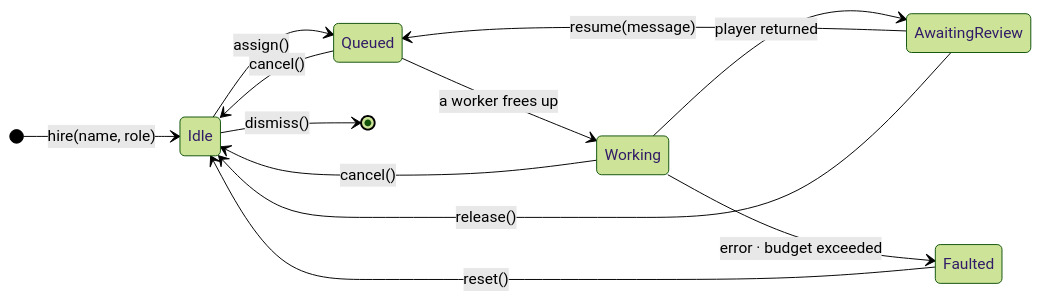
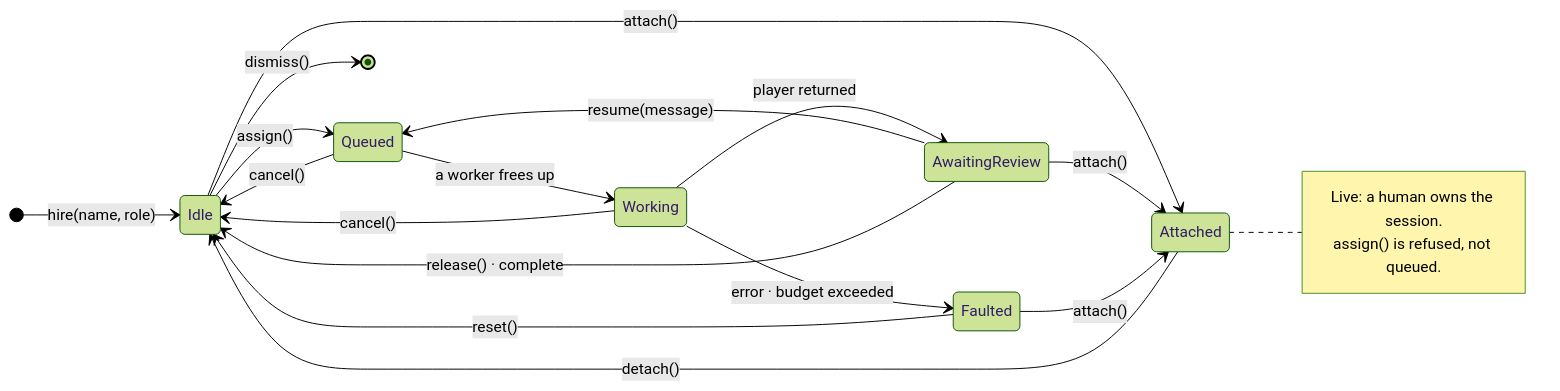
Before and after one commit to noclearreaction/symphony-maestro: the second of 6 diagrams in docs/ensemble/README.md, drawn with Mermaid (forest theme). The commit also changed other lines of this file, not shown here.

First line of the commit message:
docs(ensemble): one owner per session, observers alongside, CLI first

````diff
--- a/docs/ensemble/README.md
+++ b/docs/ensemble/README.md
@@ -287,15 +340,24 @@
 ```mermaid
 stateDiagram-v2
   direction LR
   [*] --> Idle: hire(name, role)
   Idle --> Queued: assign()
   Queued --> Working: a worker frees up
   Queued --> Idle: cancel()
   Working --> AwaitingReview: player returned
   Working --> Faulted: error · budget exceeded
   Working --> Idle: cancel()
   AwaitingReview --> Queued: resume(message)
-  AwaitingReview --> Idle: release()
+  AwaitingReview --> Idle: release() · complete
   Faulted --> Idle: reset()
+  Idle --> Attached: attach()
+  AwaitingReview --> Attached: attach()
+  Faulted --> Attached: attach()
+  Attached --> Idle: detach()
   Idle --> [*]: dismiss()
+
+  note right of Attached
+    Live: a human owns the session.
+    assign() is refused, not queued.
+  end note
 ```
````
